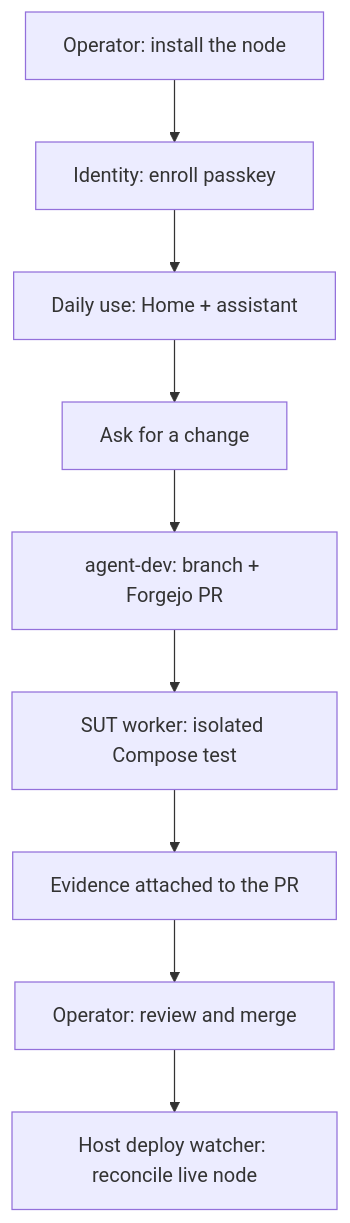
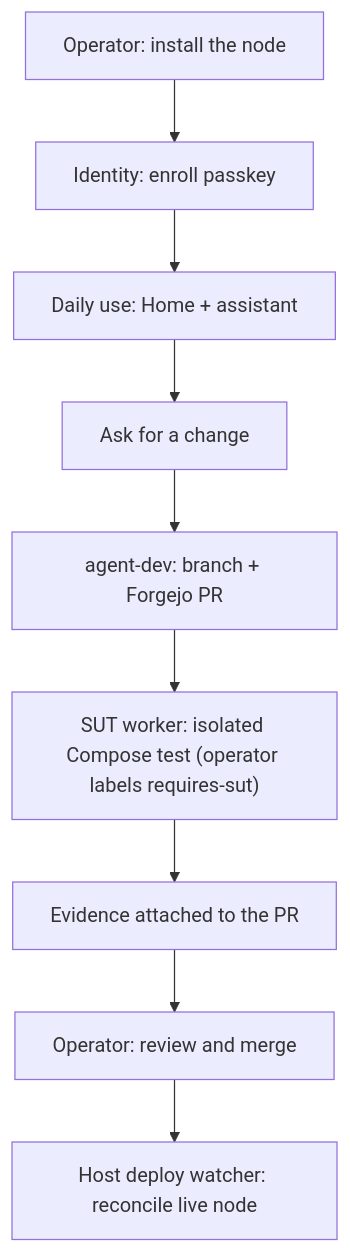
The diagram in docs/ONBOARDING.md (devYaoYH/alodium), drawn with Mermaid before and after one commit. The commit also changed other lines of this file and 11 other files, not shown here.

````diff
--- a/docs/ONBOARDING.md
+++ b/docs/ONBOARDING.md
@@ -9,11 +9,11 @@
 ```mermaid
 flowchart TD
   A["Operator: install the node"] --> B["Identity: enroll passkey"]
   B --> C["Daily use: Home + assistant"]
   C --> D["Ask for a change"]
   D --> E["agent-dev: branch + Forgejo PR"]
-  E --> F["SUT worker: isolated Compose test"]
+  E --> F["SUT worker: isolated Compose test (operator labels requires-sut)"]
   F --> G["Evidence attached to the PR"]
   G --> H["Operator: review and merge"]
   H --> I["Host deploy watcher: reconcile live node"]
 ```
````
